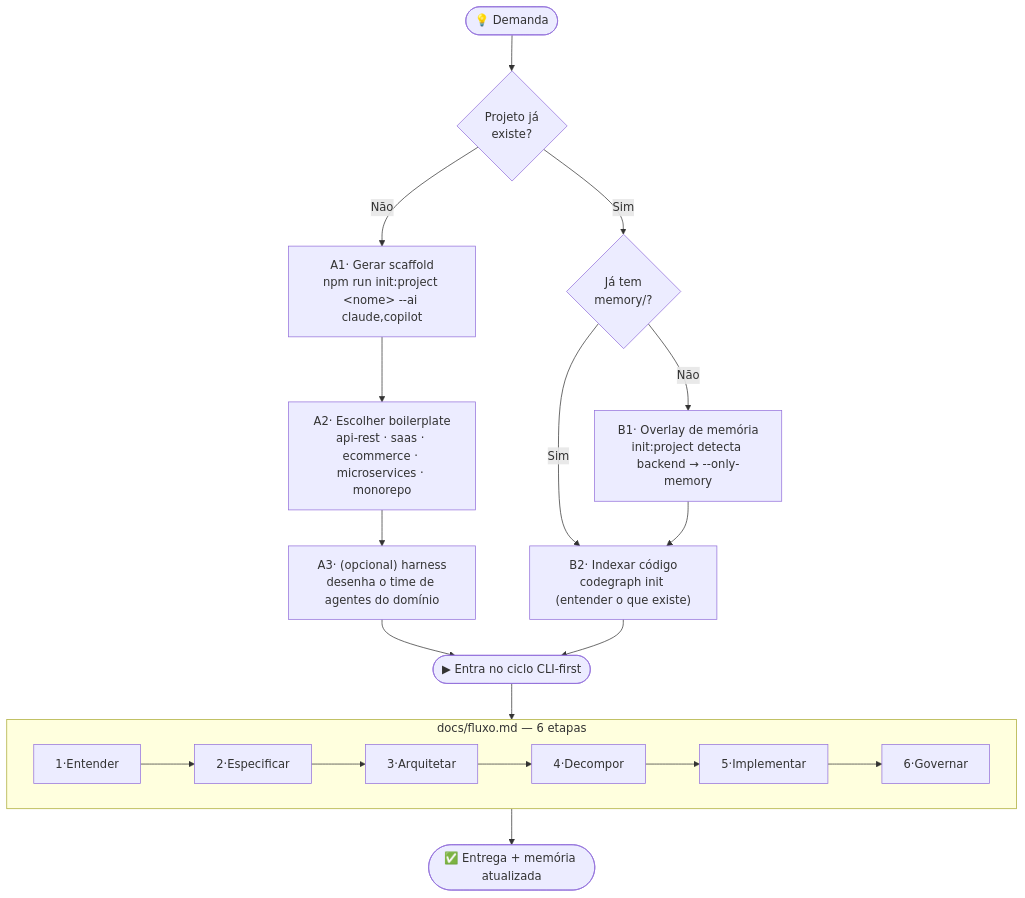
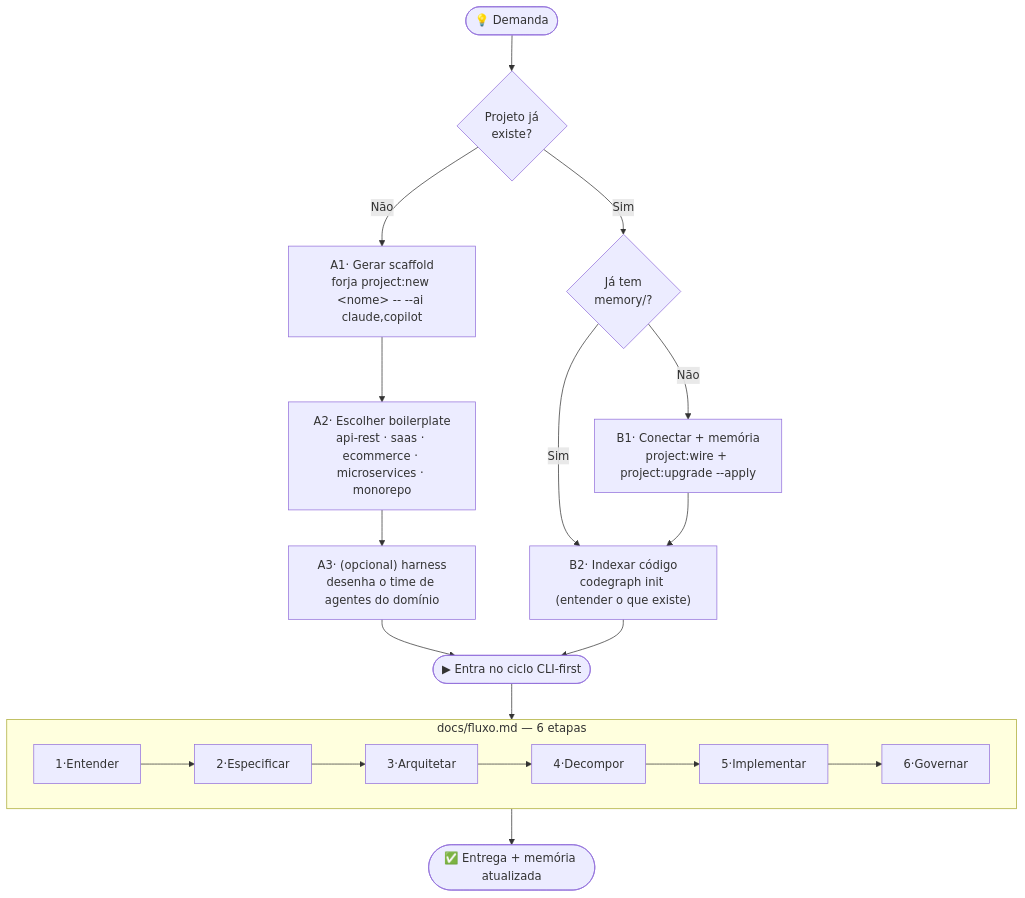
One commit to allanpablo/forja changed the diagram in docs/processo-projeto.md. Above: the diagram before and after it, drawn with Mermaid. The commit also changed other lines of this file and 168 other files, not shown here.

````diff
--- a/docs/processo-projeto.md
+++ b/docs/processo-projeto.md
@@ -15,25 +15,25 @@
 ```mermaid
 flowchart TD
     D(["💡 Demanda"]) --> Q{"Projeto já<br/>existe?"}
 
     %% ── Ramo A: NOVO ──
-    Q -- "Não" --> A1["A1· Gerar scaffold<br/>npm run init:project &lt;nome&gt; --ai claude,copilot"]
+    Q -- "Não" --> A1["A1· Gerar scaffold<br/>forja project:new &lt;nome&gt; -- --ai claude,copilot"]
     A1 --> A2["A2· Escolher boilerplate<br/>api-rest · saas · ecommerce · microservices · monorepo"]
     A2 --> A3["A3· (opcional) harness<br/>desenha o time de agentes do domínio"]
     A3 --> C0
 
     %% ── Ramo B: EXISTENTE ──
     Q -- "Sim" --> B0{"Já tem<br/>memory/?"}
-    B0 -- "Não" --> B1["B1· Overlay de memória<br/>init:project detecta backend → --only-memory"]
+    B0 -- "Não" --> B1["B1· Conectar + memória<br/>project:wire + project:upgrade --apply"]
     B0 -- "Sim" --> B2["B2· Indexar código<br/>codegraph init (entender o que existe)"]
     B1 --> B2
     B2 --> C0
 
     %% ── Convergência: ciclo SDD+GSD ──
     C0(["▶ Entra no ciclo CLI-first"]) --> CICLO
     subgraph CICLO["docs/fluxo.md — 6 etapas"]
         direction LR
         c1["1·Entender"] --> c2["2·Especificar"] --> c3["3·Arquitetar"] --> c4["4·Decompor"] --> c5["5·Implementar"] --> c6["6·Governar"]
     end
     CICLO --> OUT(["✅ Entrega + memória atualizada"])
 ```
````
